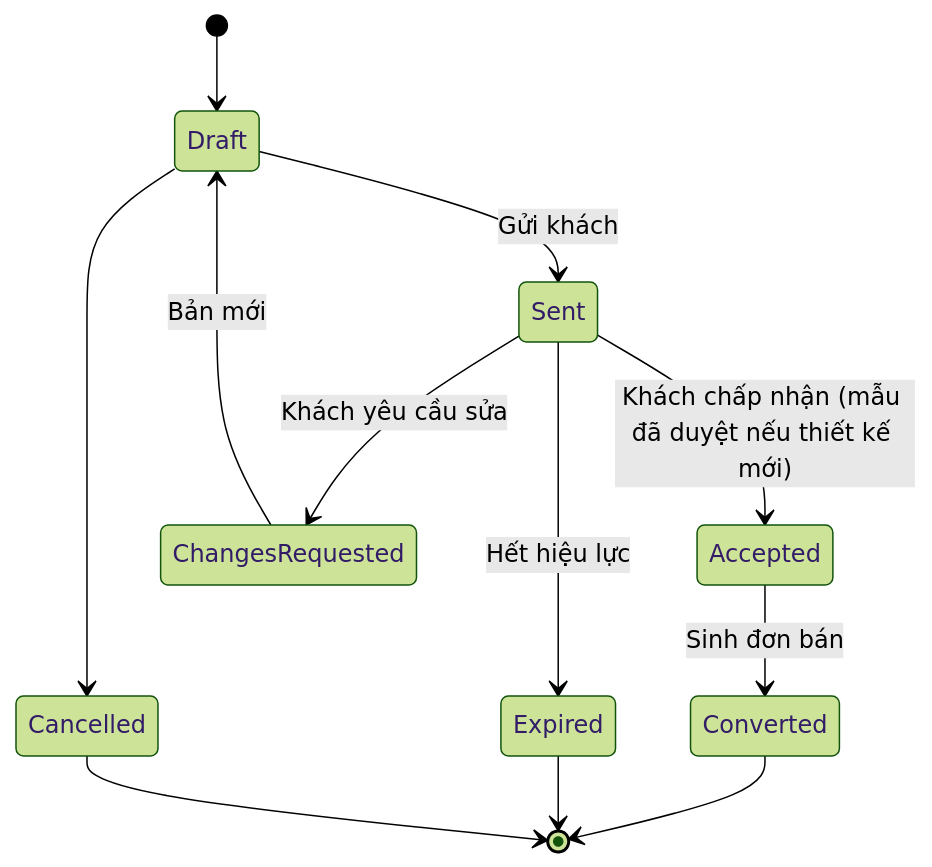
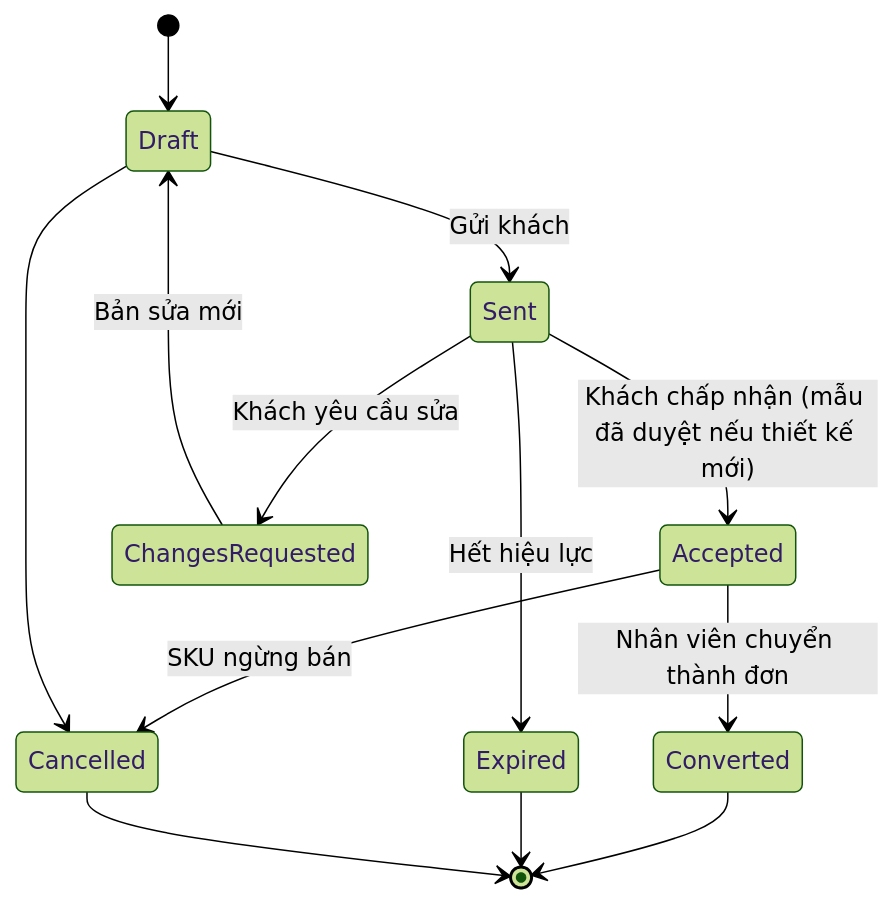
The first of 2 diagrams in docs/ecommerce/14-cart-and-order/README.md (KLTN-FA26/docs), drawn with Mermaid (forest theme) before and after one commit. The commit also changed other lines of this file and 8 other files, not shown here.

````diff
--- a/docs/ecommerce/14-cart-and-order/README.md
+++ b/docs/ecommerce/14-cart-and-order/README.md
@@ -104,14 +134,15 @@
 ```mermaid
 stateDiagram-v2
     [*] --> Draft
     Draft --> Sent: Gửi khách
     Sent --> Accepted: Khách chấp nhận (mẫu đã duyệt nếu thiết kế mới)
     Sent --> ChangesRequested: Khách yêu cầu sửa
-    ChangesRequested --> Draft: Bản mới
+    ChangesRequested --> Draft: Bản sửa mới
     Sent --> Expired: Hết hiệu lực
-    Accepted --> Converted: Sinh đơn bán
+    Accepted --> Converted: Nhân viên chuyển thành đơn
+    Accepted --> Cancelled: SKU ngừng bán
     Draft --> Cancelled
     Converted --> [*]
     Expired --> [*]
     Cancelled --> [*]
 ```
````
